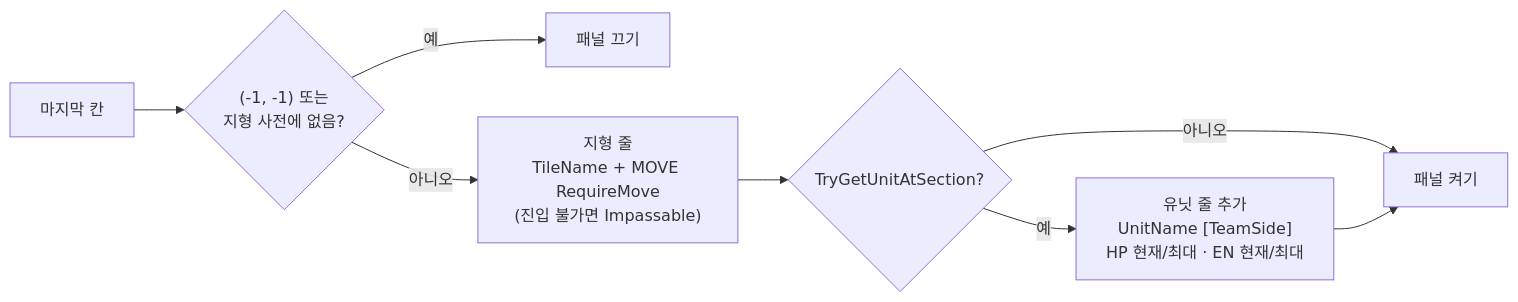
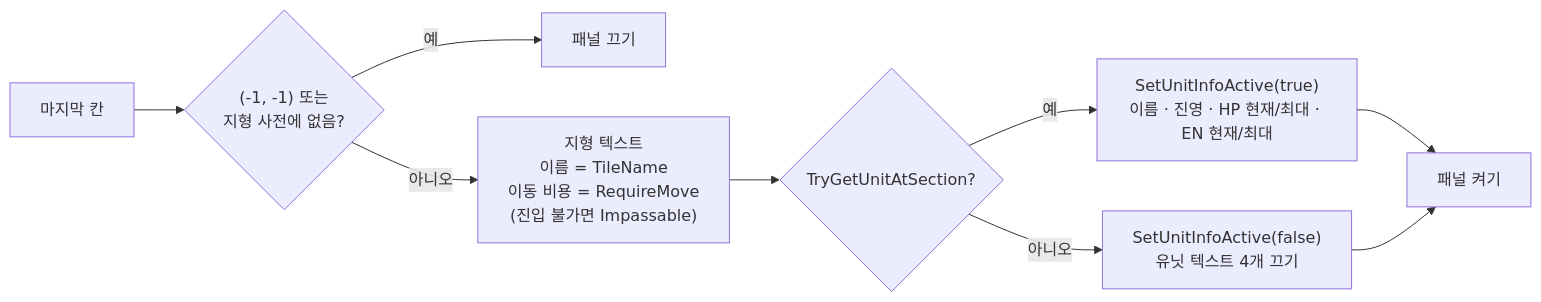
Diagram 28 of 33 in Docs/ImplementDocs/Diagram.md (jayy5288sk/PersonalProject), drawn with Mermaid before and after one commit. The commit also changed other lines of this file and 1 other file, not shown here.

Commit message:
[Docs] 기술 문서 및 다이어그램 작성

````diff
--- a/Docs/ImplementDocs/Diagram.md
+++ b/Docs/ImplementDocs/Diagram.md
@@ -516,10 +592,11 @@
 ```mermaid
 flowchart LR
     In["마지막 칸"] --> Out{"(-1, -1) 또는<br/>지형 사전에 없음?"}
     Out -->|예| Off["패널 끄기"]
-    Out -->|아니오| Ter["지형 줄<br/>TileName + MOVE RequireMove<br/>(진입 불가면 Impassable)"]
+    Out -->|아니오| Ter["지형 텍스트<br/>이름 = TileName<br/>이동 비용 = RequireMove<br/>(진입 불가면 Impassable)"]
     Ter --> U{"TryGetUnitAtSection?"}
-    U -->|예| Unit["유닛 줄 추가<br/>UnitName [TeamSide]<br/>HP 현재/최대 · EN 현재/최대"]
-    U -->|아니오| Show["패널 켜기"]
-    Unit --> Show
+    U -->|예| Unit["SetUnitInfoActive(true)<br/>이름 · 진영 · HP 현재/최대 · EN 현재/최대"]
+    U -->|아니오| Hide["SetUnitInfoActive(false)<br/>유닛 텍스트 4개 끄기"]
+    Unit --> Show["패널 켜기"]
+    Hide --> Show
 ```
````
